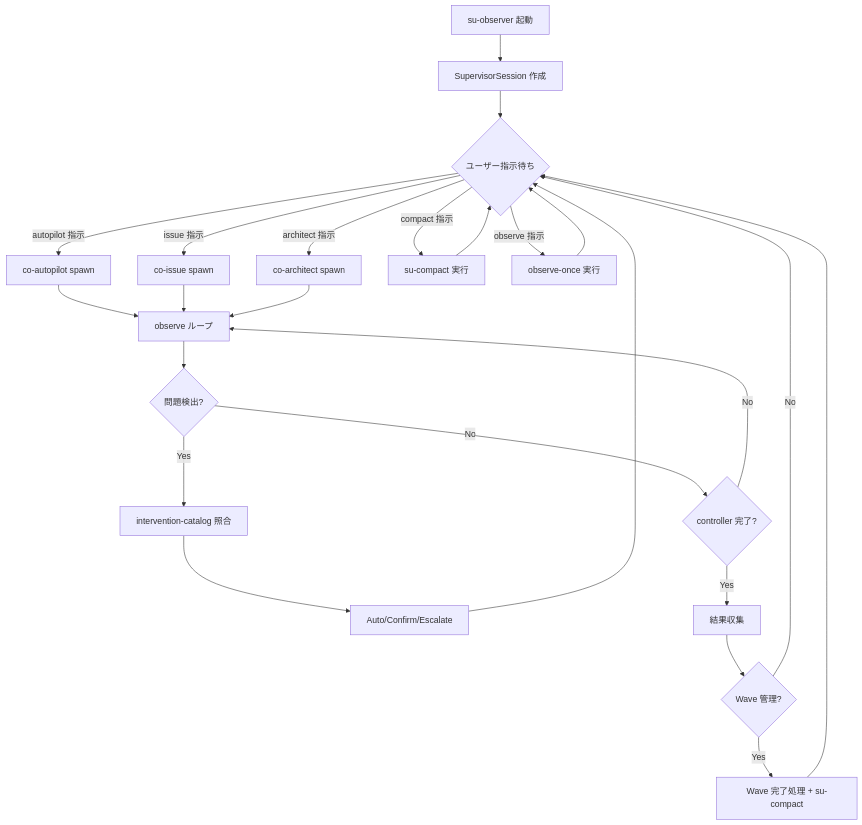
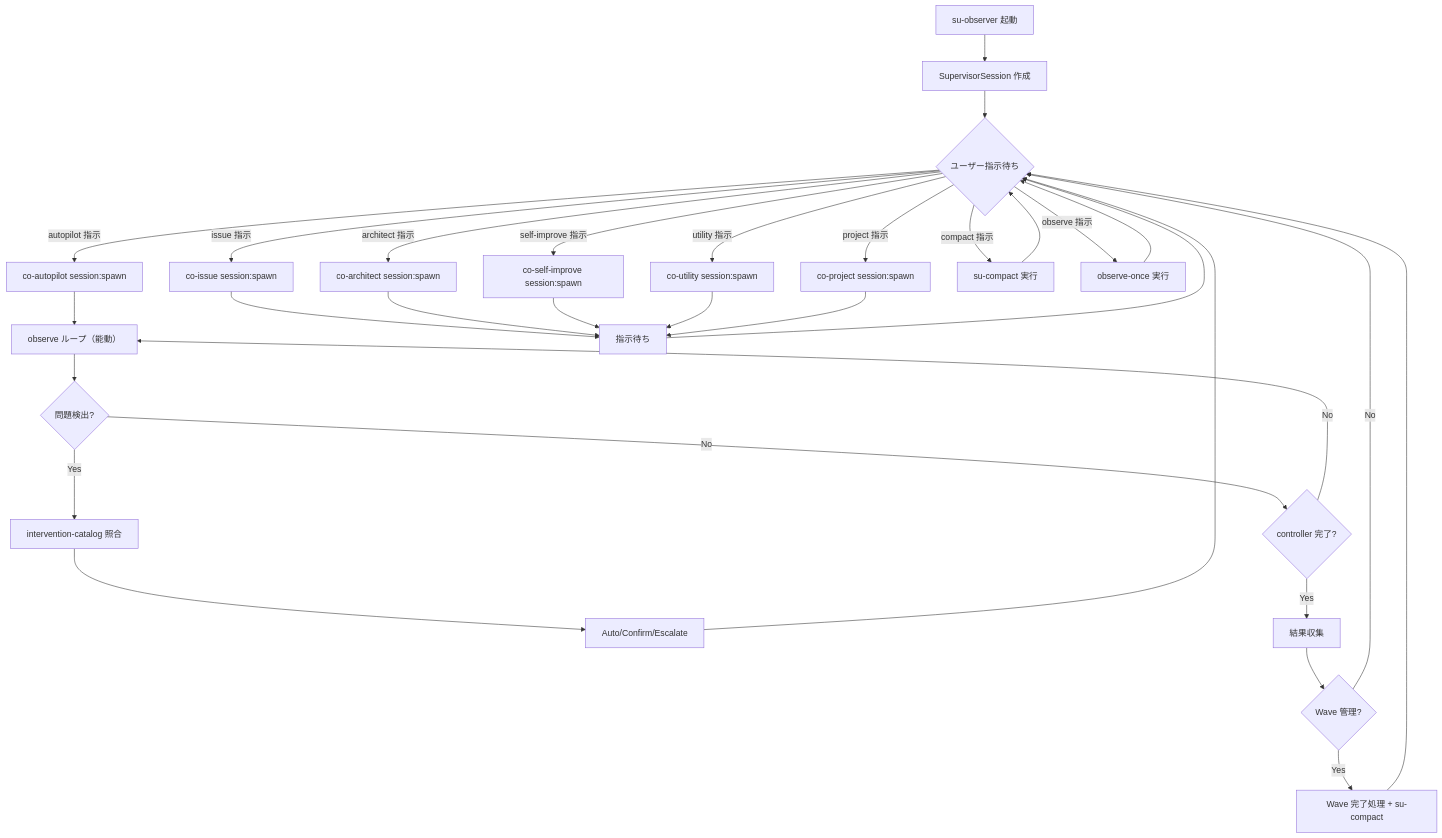
One commit to shuu5/twill changed the first of 3 diagrams in plugins/twl/architecture/domain/contexts/supervision.md. Above: the diagram before and after it, drawn with Mermaid. The commit also changed other lines of this file and 4 other files, not shown here.

First line of the commit message:
docs(architecture): supervision/observation/context-map/model の observer パターン整合

````diff
--- a/plugins/twl/architecture/domain/contexts/supervision.md
+++ b/plugins/twl/architecture/domain/contexts/supervision.md
@@ -104,26 +104,33 @@
 ```mermaid
 flowchart TD
     A[su-observer 起動] --> B[SupervisorSession 作成]
     B --> C{ユーザー指示待ち}
-    C -->|autopilot 指示| D[co-autopilot spawn]
-    C -->|issue 指示| E[co-issue spawn]
-    C -->|architect 指示| F[co-architect spawn]
+    C -->|autopilot 指示| D[co-autopilot session:spawn]
+    C -->|issue 指示| E[co-issue session:spawn]
+    C -->|architect 指示| F[co-architect session:spawn]
+    C -->|self-improve 指示| SI[co-self-improve session:spawn]
+    C -->|utility 指示| UT[co-utility session:spawn]
+    C -->|project 指示| PR[co-project session:spawn]
     C -->|compact 指示| G[su-compact 実行]
     C -->|observe 指示| H[observe-once 実行]
-    D --> I[observe ループ]
-    E --> I
-    F --> I
+    D --> I[observe ループ（能動）]
+    E --> I2[指示待ち]
+    F --> I2
+    SI --> I2
+    UT --> I2
+    PR --> I2
     I --> J{問題検出?}
     J -->|Yes| K[intervention-catalog 照合]
     K --> L[Auto/Confirm/Escalate]
     L --> C
     J -->|No| M{controller 完了?}
     M -->|Yes| N[結果収集]
     N --> O{Wave 管理?}
     O -->|Yes| P[Wave 完了処理 + su-compact]
     P --> C
     O -->|No| C
     M -->|No| I
+    I2 --> C
     G --> C
     H --> C
 ```
````
